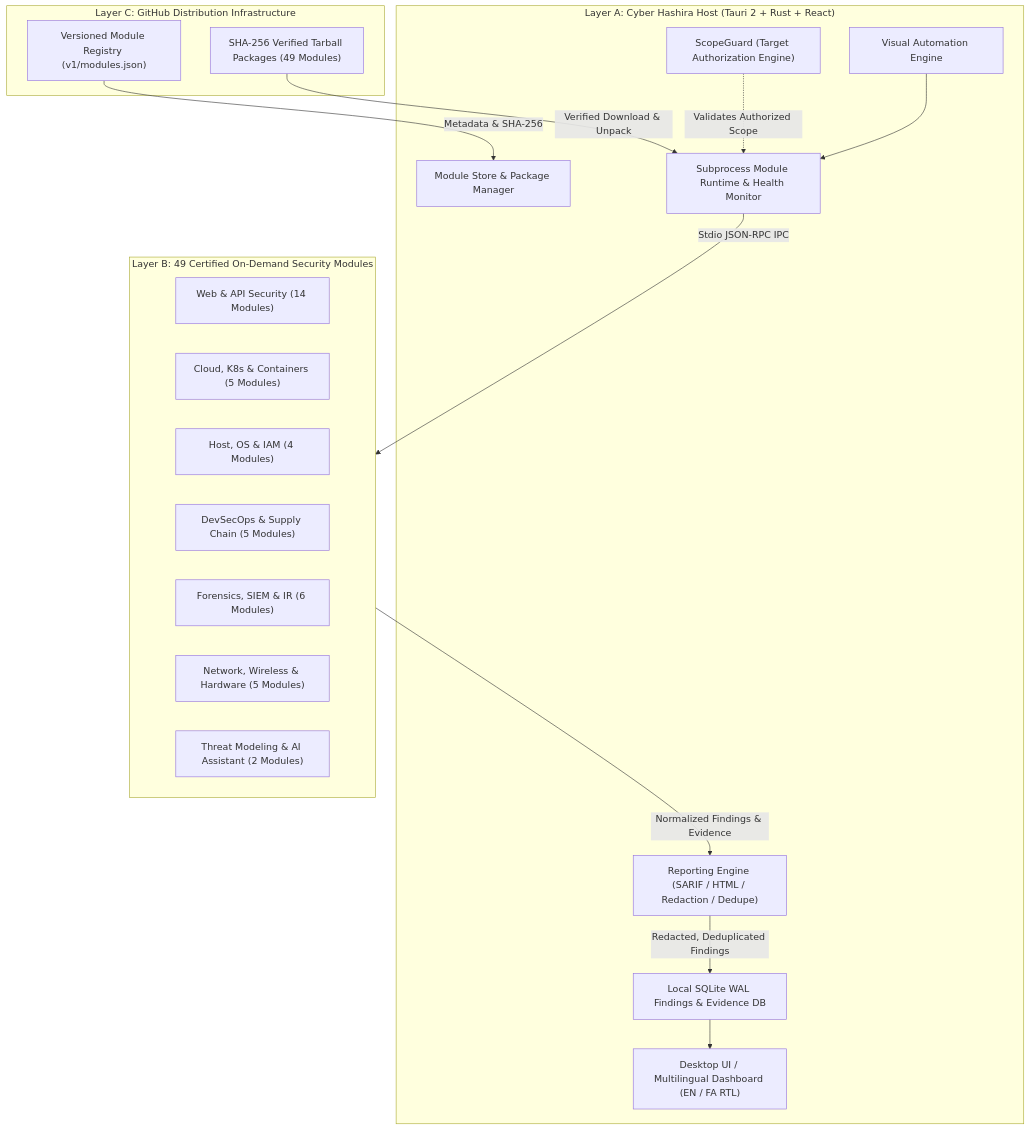
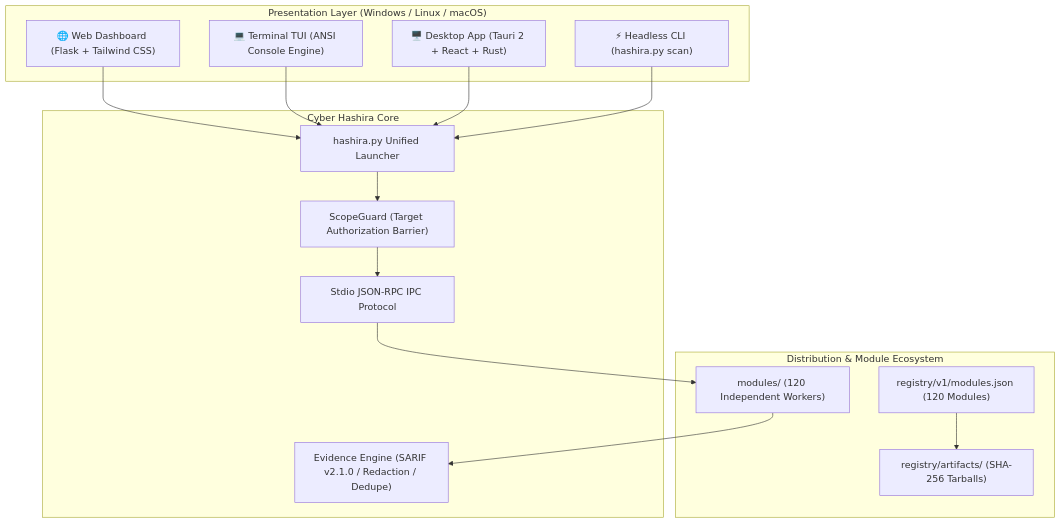
One commit to VoidStudioos/Cyber-Hashira changed the diagram in README.md. Above: the diagram before and after it, drawn with Mermaid. The commit also changed other lines of this file and 7 other files, not shown here.

````diff
--- a/README.md
+++ b/README.md
@@ -40,36 +334,33 @@
 ```mermaid
 graph TD
-    subgraph Host ["Layer A: Cyber Hashira Host (Tauri 2 + Rust + React)"]
-        UI["Desktop UI / Multilingual Dashboard (EN / FA RTL)"]
-        Scope["ScopeGuard (Target Authorization Engine)"]
-        DB["Local SQLite WAL Findings & Evidence DB"]
-        Store["Module Store & Package Manager"]
-        Runtime["Subprocess Module Runtime & Health Monitor"]
-        ReportEng["Reporting Engine (SARIF / HTML / Redaction / Dedupe)"]
-        Workflow["Visual Automation Engine"]
+    subgraph Presentation ["Presentation Layer (Windows / Linux / macOS)"]
+        WEB["🌐 Web Dashboard (Flask + Tailwind CSS)"]
+        TUI["💻 Terminal TUI (ANSI Console Engine)"]
+        DESK["🖥️ Desktop App (Tauri 2 + React + Rust)"]
+        CLI["⚡ Headless CLI (hashira.py scan)"]
     end
 
-    subgraph Registry ["Layer C: GitHub Distribution Infrastructure"]
-        Catalog["Versioned Module Registry (v1/modules.json)"]
-        Artifacts["SHA-256 Verified Tarball Packages (49 Modules)"]
+    subgraph Core ["Cyber Hashira Core"]
+        LAUNCHER["hashira.py Unified Launcher"]
+        SCOPE["ScopeGuard (Target Authorization Barrier)"]
+        IPC["Stdio JSON-RPC IPC Protocol"]
+        REPORT["Evidence Engine (SARIF v2.1.0 / Redaction / Dedupe)"]
     end
 
-    subgraph Modules ["Layer B: 49 Certified On-Demand Security Modules"]
-        M1["Web & API Security (14 Modules)"]
-        M2["Cloud, K8s & Containers (5 Modules)"]
-        M3["Host, OS & IAM (4 Modules)"]
-        M4["DevSecOps & Supply Chain (5 Modules)"]
-        M5["Forensics, SIEM & IR (6 Modules)"]
-        M6["Network, Wireless & Hardware (5 Modules)"]
-        M7["Threat Modeling & AI Assistant (2 Modules)"]
+    subgraph Registry ["Distribution & Module Ecosystem"]
+        CATALOG["registry/v1/modules.json (120 Modules)"]
+        ARTIFACTS["registry/artifacts/ (SHA-256 Tarballs)"]
+        MODULES["modules/ (120 Independent Workers)"]
     end
 
-    Catalog -->|Metadata & SHA-256| Store
-    Artifacts -->|Verified Download & Unpack| Runtime
-    Runtime -->|Stdio JSON-RPC IPC| Modules
-    Scope -.->|Validates Authorized Scope| Runtime
-    Modules -->|Normalized Findings & Evidence| ReportEng
-    ReportEng -->|Redacted, Deduplicated Findings| DB
-    DB --> UI
-    Workflow --> Runtime
+    WEB --> LAUNCHER
+    TUI --> LAUNCHER
+    DESK --> LAUNCHER
+    CLI --> LAUNCHER
+
+    LAUNCHER --> SCOPE
+    SCOPE --> IPC
+    IPC --> MODULES
+    MODULES --> REPORT
+    CATALOG --> ARTIFACTS
 ```
````
